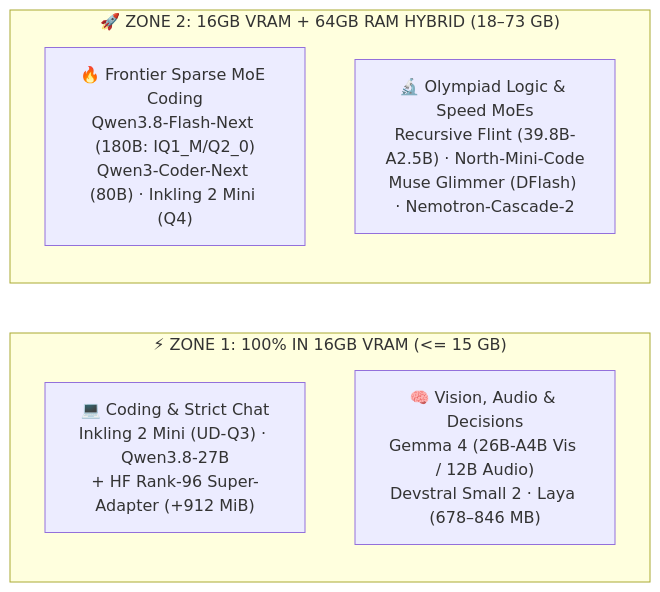
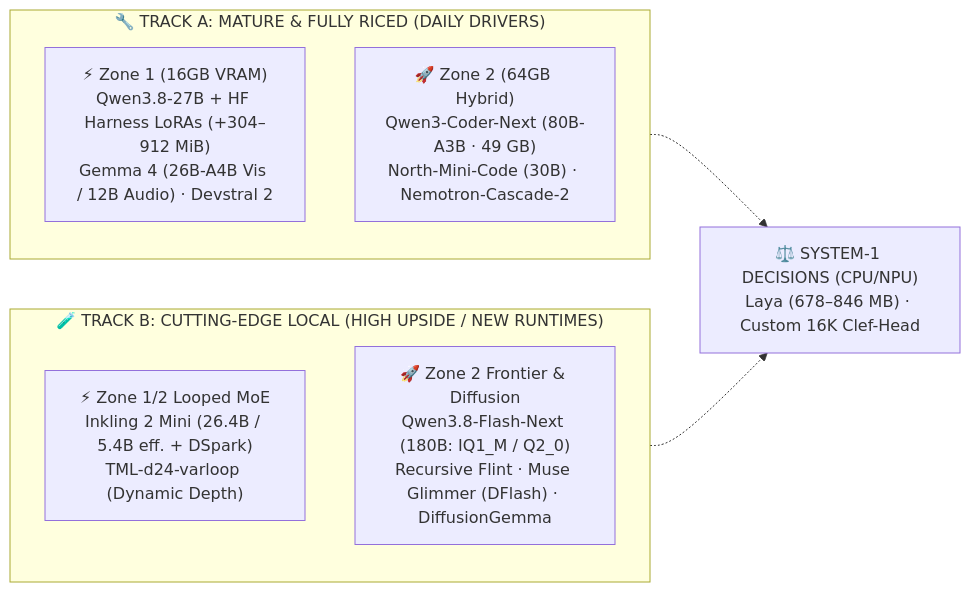
One commit to initalok/ai-swissknife changed the diagram in book/02-local-16vram-64ram.md. Above: the diagram before and after it, drawn with Mermaid. The commit also changed other lines of this file and 19 other files, not shown here.

Commit message:
feat(v2.1.0): split Mature vs Cutting-Edge local, add dsh/Hermes, IRL Community Ch 07, & Frontier Watch Ch 08

````diff
--- a/book/02-local-16vram-64ram.md
+++ b/book/02-local-16vram-64ram.md
@@ -9,11 +9,13 @@
 ```mermaid
 flowchart LR
-    subgraph Z1 ["⚡ ZONE 1: 100% IN 16GB VRAM (<= 15 GB)"]
-        Z1A["💻 Coding & Strict Chat<br/>Inkling 2 Mini (UD-Q3) · Qwen3.8-27B<br/>+ HF Rank-96 Super-Adapter (+912 MiB)"]
-        Z1B["🧠 Vision, Audio & Decisions<br/>Gemma 4 (26B-A4B Vis / 12B Audio)<br/>Devstral Small 2 · Laya (678–846 MB)"]
+    subgraph MATURE ["🔧 TRACK A: MATURE & FULLY RICED (DAILY DRIVERS)"]
+        M1["⚡ Zone 1 (16GB VRAM)<br/>Qwen3.8-27B + HF Harness LoRAs (+304–912 MiB)<br/>Gemma 4 (26B-A4B Vis / 12B Audio) · Devstral 2"]
+        M2["🚀 Zone 2 (64GB Hybrid)<br/>Qwen3-Coder-Next (80B-A3B · 49 GB)<br/>North-Mini-Code (30B) · Nemotron-Cascade-2"]
     end
-    subgraph Z2 ["🚀 ZONE 2: 16GB VRAM + 64GB RAM HYBRID (18–73 GB)"]
-        Z2A["🔥 Frontier Sparse MoE Coding<br/>Qwen3.8-Flash-Next (180B: IQ1_M/Q2_0)<br/>Qwen3-Coder-Next (80B) · Inkling 2 Mini (Q4)"]
-        Z2B["🔬 Olympiad Logic & Speed MoEs<br/>Recursive Flint (39.8B-A2.5B) · North-Mini-Code<br/>Muse Glimmer (DFlash) · Nemotron-Cascade-2"]
+    subgraph EDGE ["🧪 TRACK B: CUTTING-EDGE LOCAL (HIGH UPSIDE / NEW RUNTIMES)"]
+        E1["⚡ Zone 1/2 Looped MoE<br/>Inkling 2 Mini (26.4B / 5.4B eff. + DSpark)<br/>TML-d24-varloop (Dynamic Depth)"]
+        E2["🚀 Zone 2 Frontier & Diffusion<br/>Qwen3.8-Flash-Next (180B: IQ1_M / Q2_0)<br/>Recursive Flint · Muse Glimmer (DFlash) · DiffusionGemma"]
     end
+    SYS1["⚖️ SYSTEM-1 DECISIONS (CPU/NPU)<br/>Laya (678–846 MB) · Custom 16K Clef-Head"]
+    MATURE & EDGE -.-> SYS1
 ```
````
